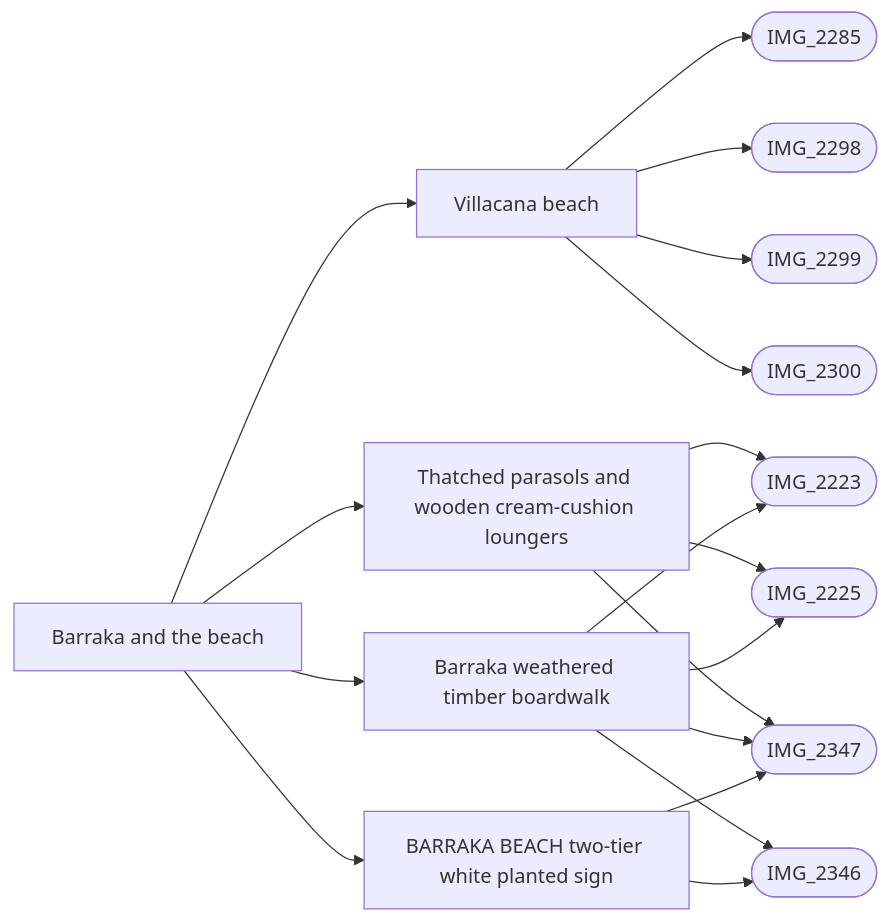
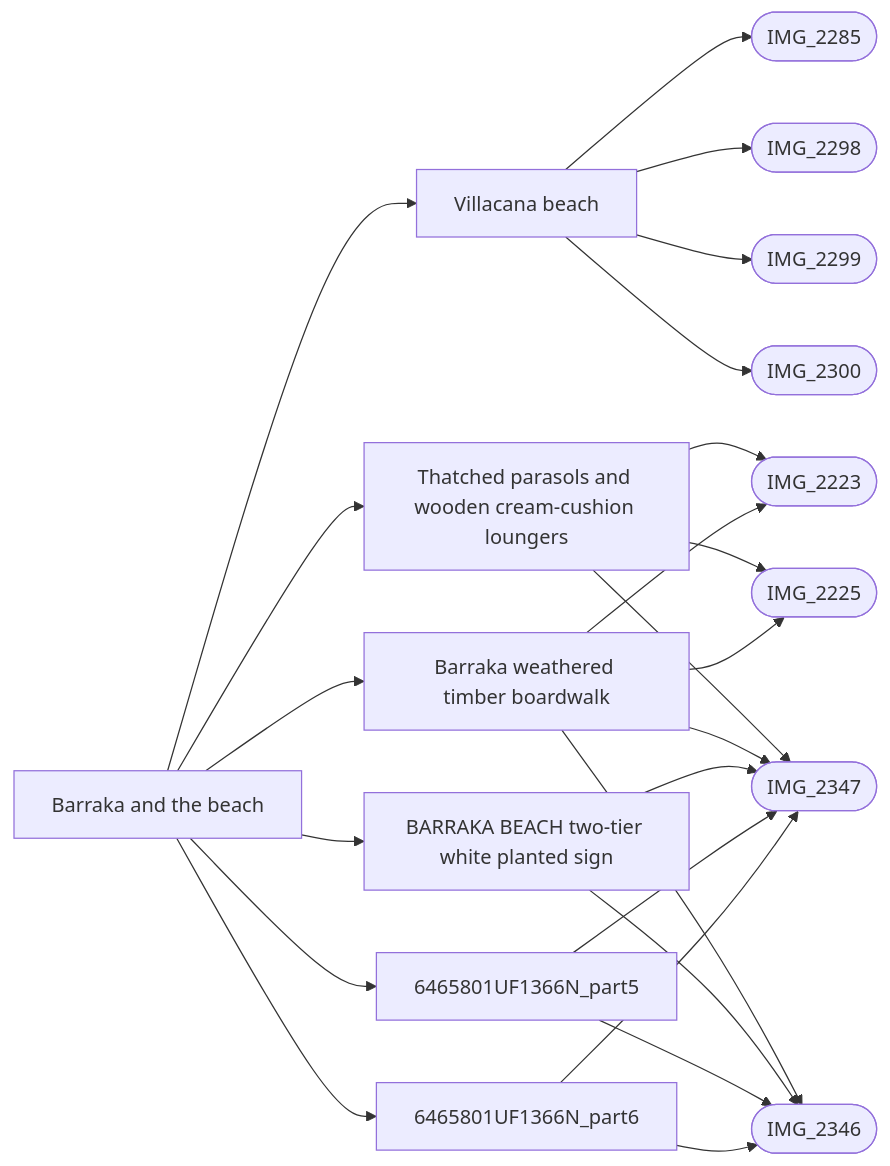
Before and after one commit to daveyboyc/villacana-venture: the diagram in refs/areas/barraka-beach.md, drawn with Mermaid. The commit also changed other lines of this file and 27 other files, not shown here.

````diff
--- a/refs/areas/barraka-beach.md
+++ b/refs/areas/barraka-beach.md
@@ -37,21 +37,27 @@
 ```mermaid
 graph LR
   A["Barraka and the beach"]
   A --> F0["Villacana beach"]
   F0 --> PIMG_2285_jpg(["IMG_2285"])
   F0 --> PIMG_2298_jpg(["IMG_2298"])
   F0 --> PIMG_2299_jpg(["IMG_2299"])
   F0 --> PIMG_2300_jpg(["IMG_2300"])
   A --> F1["Thatched parasols and wooden cream-cushion loungers"]
   F1 --> PIMG_2223_jpg(["IMG_2223"])
   F1 --> PIMG_2225_jpg(["IMG_2225"])
   F1 --> PIMG_2347_jpg(["IMG_2347"])
   A --> F2["Barraka weathered timber boardwalk"]
   F2 --> PIMG_2223_jpg(["IMG_2223"])
   F2 --> PIMG_2225_jpg(["IMG_2225"])
   F2 --> PIMG_2346_jpg(["IMG_2346"])
   F2 --> PIMG_2347_jpg(["IMG_2347"])
   A --> F3["BARRAKA BEACH two-tier white planted sign"]
   F3 --> PIMG_2346_jpg(["IMG_2346"])
   F3 --> PIMG_2347_jpg(["IMG_2347"])
+  A --> F4["6465801UF1366N_part5"]
+  F4 --> PIMG_2346_jpg(["IMG_2346"])
+  F4 --> PIMG_2347_jpg(["IMG_2347"])
+  A --> F5["6465801UF1366N_part6"]
+  F5 --> PIMG_2346_jpg(["IMG_2346"])
+  F5 --> PIMG_2347_jpg(["IMG_2347"])
 ```
````
